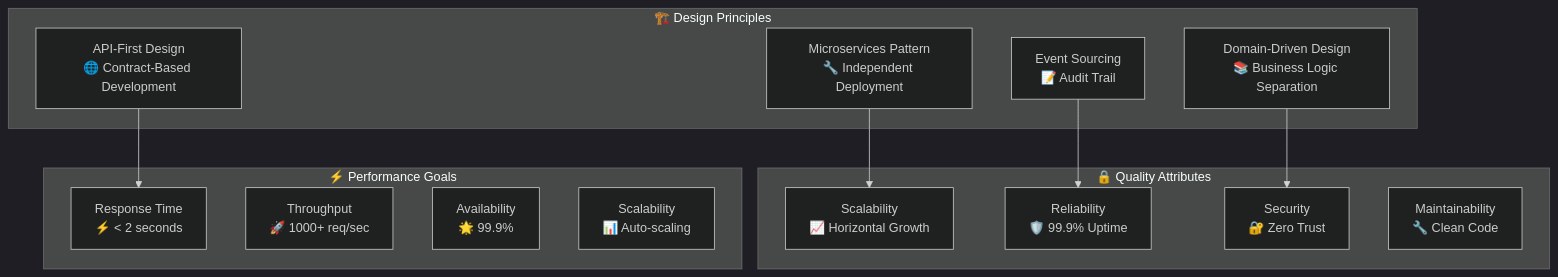
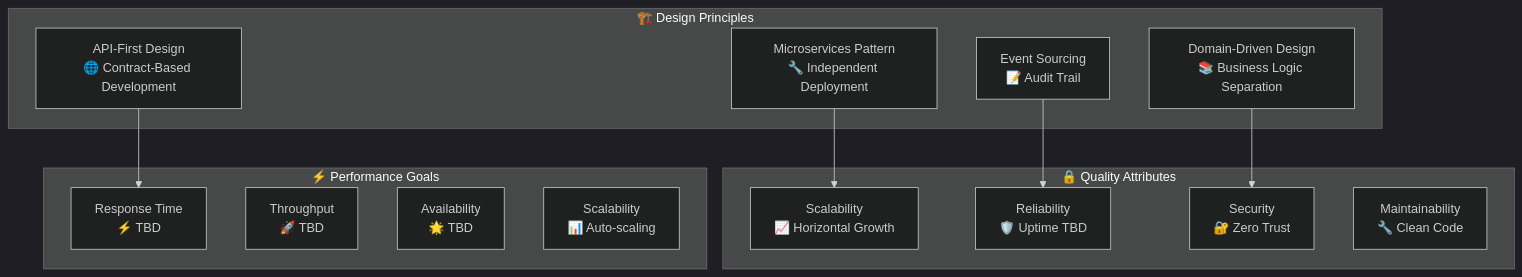
The first of 32 diagrams in DESIGN_DOCUMENT.md (SamH135/AI-Governance-Suite), drawn with Mermaid (dark theme) before and after one commit. The commit also changed other lines of this file and 17 other files, not shown here.

````diff
--- a/DESIGN_DOCUMENT.md
+++ b/DESIGN_DOCUMENT.md
@@ -59,28 +61,28 @@
 ```mermaid
 graph TB
     subgraph "🏗️ Design Principles"
         MP[Microservices Pattern<br/>🔧 Independent Deployment]
         DDD[Domain-Driven Design<br/>📚 Business Logic Separation]
         API[API-First Design<br/>🌐 Contract-Based Development]
         ES[Event Sourcing<br/>📝 Audit Trail]
     end
     
     subgraph "🔒 Quality Attributes"
         SC[Scalability<br/>📈 Horizontal Growth]
-        RE[Reliability<br/>🛡️ 99.9% Uptime]
+        RE[Reliability<br/>🛡️ Uptime TBD]
         SE[Security<br/>🔐 Zero Trust]
         MA[Maintainability<br/>🔧 Clean Code]
     end
     
     subgraph "⚡ Performance Goals"
-        RT[Response Time<br/>⚡ < 2 seconds]
-        TP[Throughput<br/>🚀 1000+ req/sec]
-        AV[Availability<br/>🌟 99.9%]
+        RT[Response Time<br/>⚡ TBD]
+        TP[Throughput<br/>🚀 TBD]
+        AV[Availability<br/>🌟 TBD]
         SC2[Scalability<br/>📊 Auto-scaling]
     end
     
     MP --> SC
     DDD --> SE
     API --> RT
     ES --> RE
 ```
````
